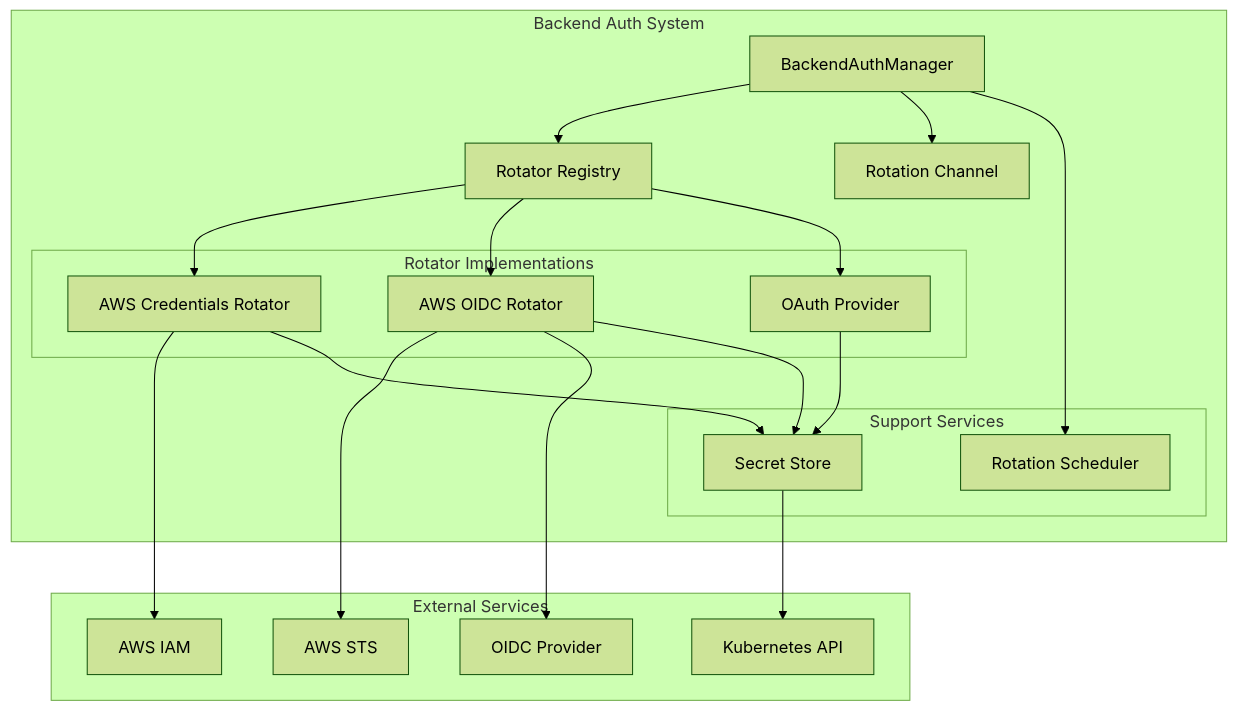
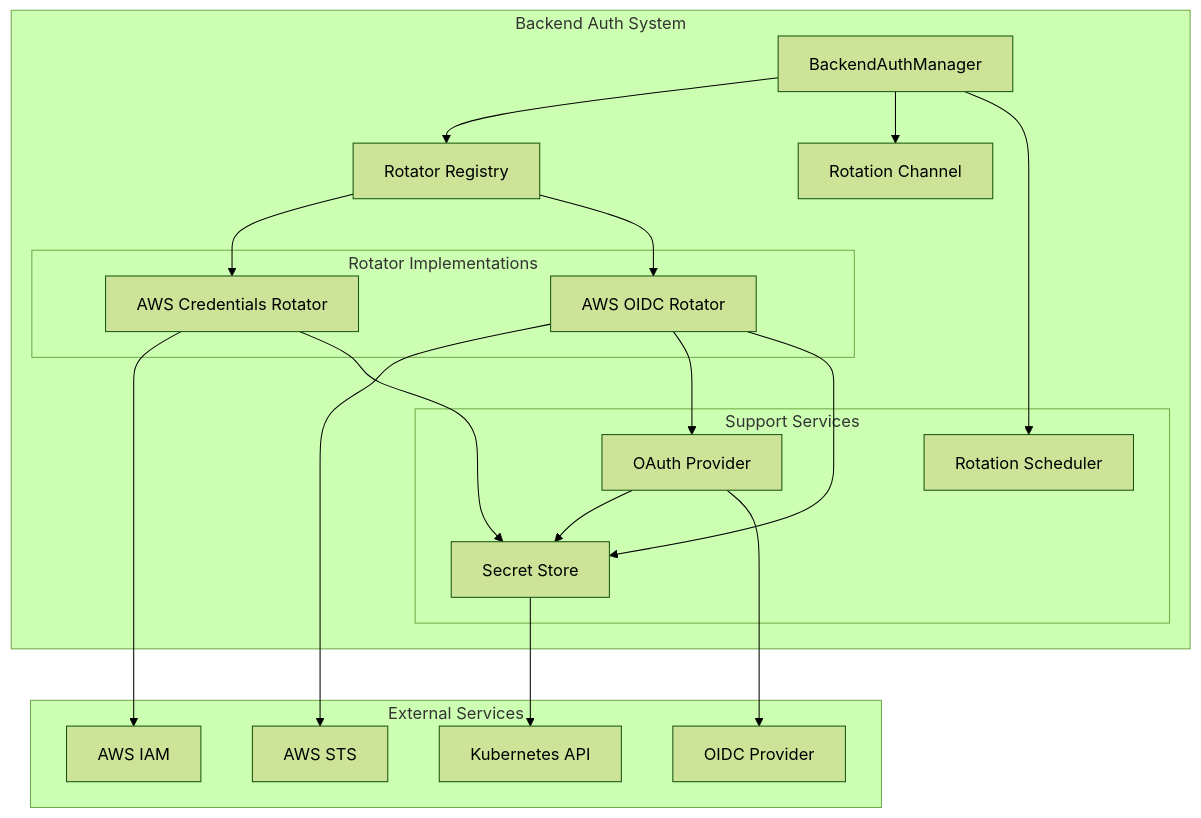
Before and after one commit to envoyproxy/ai-gateway: the first of 2 diagrams in docs/design/backend-auth.md, drawn with Mermaid (forest theme).

Commit message:
update diagram

````diff
--- a/docs/design/backend-auth.md
+++ b/docs/design/backend-auth.md
@@ -39,36 +39,36 @@
 ```mermaid
 graph TB
     subgraph "Backend Auth System"
         BAM[BackendAuthManager]
         ROT[Rotator Registry]
         CHAN[Rotation Channel]
         subgraph "Rotator Implementations"
             AWS_CRED[AWS Credentials Rotator]
             AWS_OIDC[AWS OIDC Rotator]
-            OAUTH[OAuth Provider]
         end
         subgraph "Support Services"
+            OAUTH[OAuth Provider]
             SCHED[Rotation Scheduler]
             SEC_STORE[Secret Store]
         end
     end
     subgraph "External Services"
         K8S[Kubernetes API]
         AWS_STS[AWS STS]
         AWS_IAM[AWS IAM]
         OIDC[OIDC Provider]
     end
     BAM --> ROT
     BAM --> CHAN
     BAM --> SCHED
     ROT --> AWS_CRED
-    ROT --> AWS_OIDC
-    ROT --> OAUTH
+    ROT --> AWS_OIDC 
     AWS_CRED --> AWS_IAM
     AWS_OIDC --> AWS_STS
-    AWS_OIDC --> OIDC
+    AWS_OIDC --> OAUTH
     AWS_CRED --> SEC_STORE
     AWS_OIDC --> SEC_STORE
     OAUTH --> SEC_STORE
+    OAUTH --> OIDC
     SEC_STORE --> K8S
 ```
````
